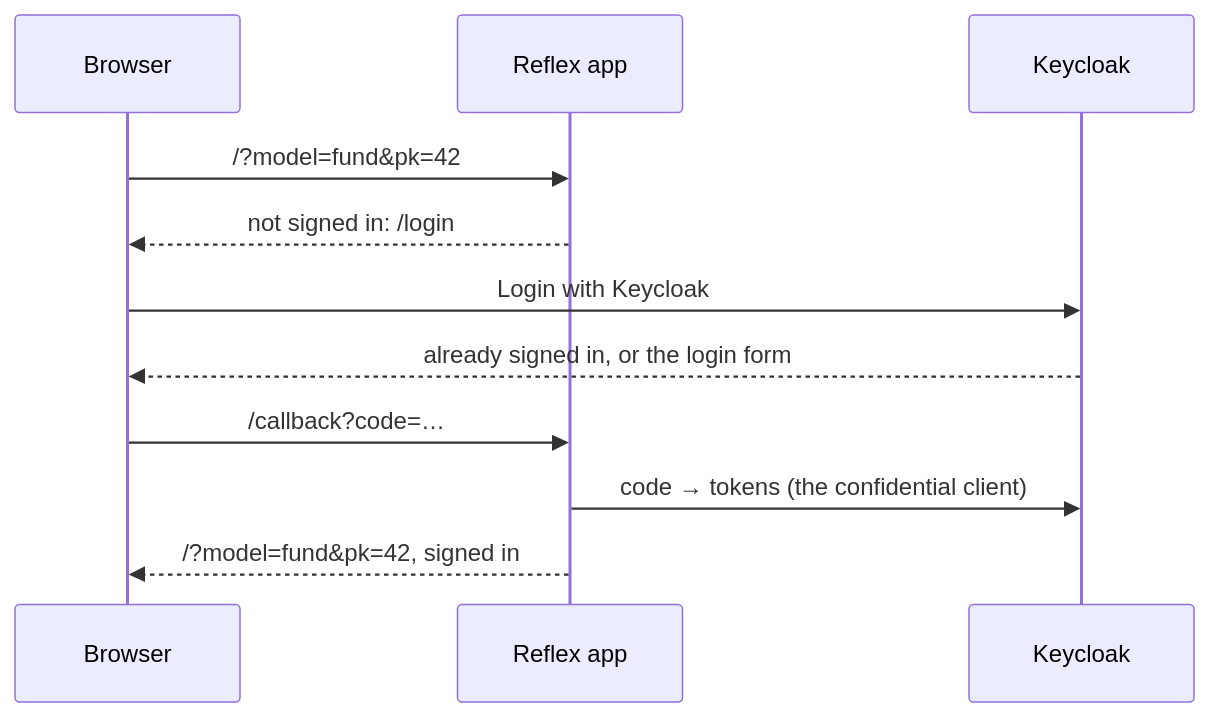
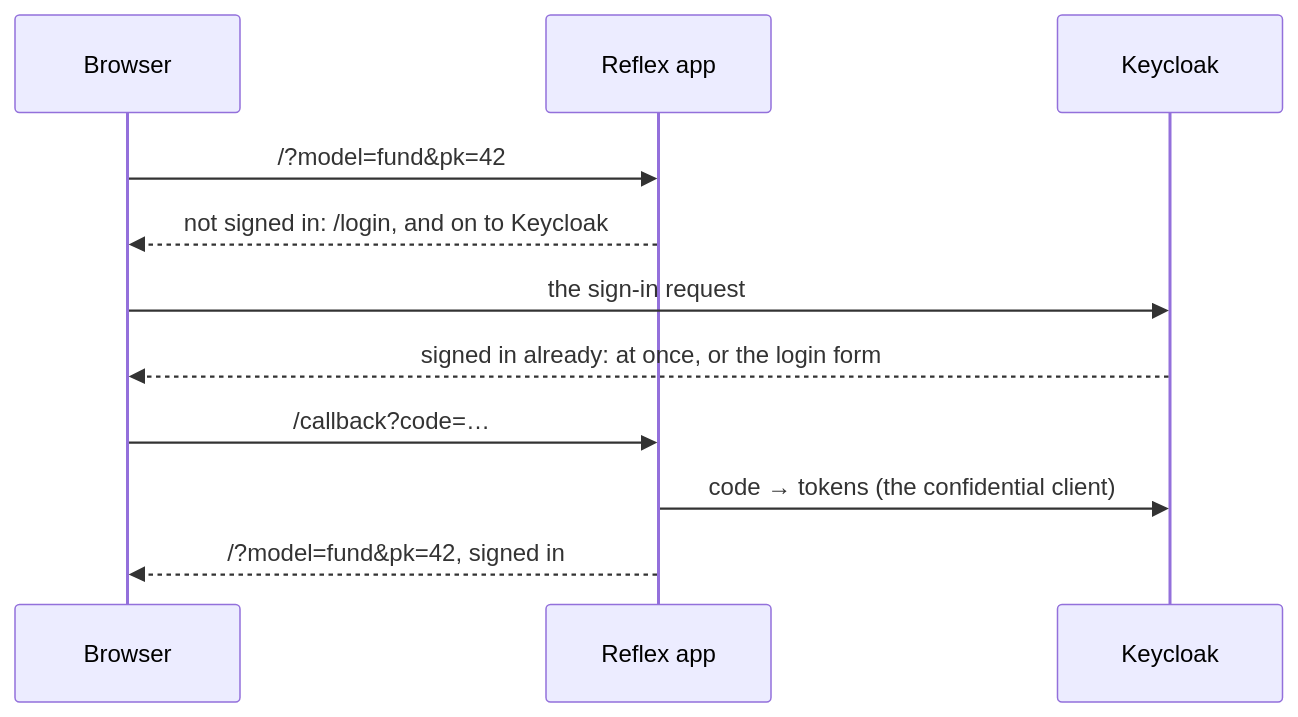
Before and after one commit to ExcellenceCloudGmbH/lex-app-docs: the diagram in content/access-and-dashboards/reflex/sessions and authentication.md, drawn with Mermaid. The commit also changed other lines of this file, not shown here.

First line of the commit message:
Reflex dashboards sign in without a click

````diff
--- a/content/access-and-dashboards/reflex/sessions and authentication.md
+++ b/content/access-and-dashboards/reflex/sessions and authentication.md
@@ -11,13 +11,13 @@
 ```mermaid
 sequenceDiagram
     participant B as Browser
     participant R as Reflex app
     participant K as Keycloak
     B->>R: /?model=fund&pk=42
-    R-->>B: not signed in: /login
-    B->>K: Login with Keycloak
-    K-->>B: already signed in, or the login form
+    R-->>B: not signed in: /login, and on to Keycloak
+    B->>K: the sign-in request
+    K-->>B: signed in already: at once, or the login form
     B->>R: /callback?code=…
     R->>K: code → tokens (the confidential client)
     R-->>B: /?model=fund&pk=42, signed in
 ```
````
